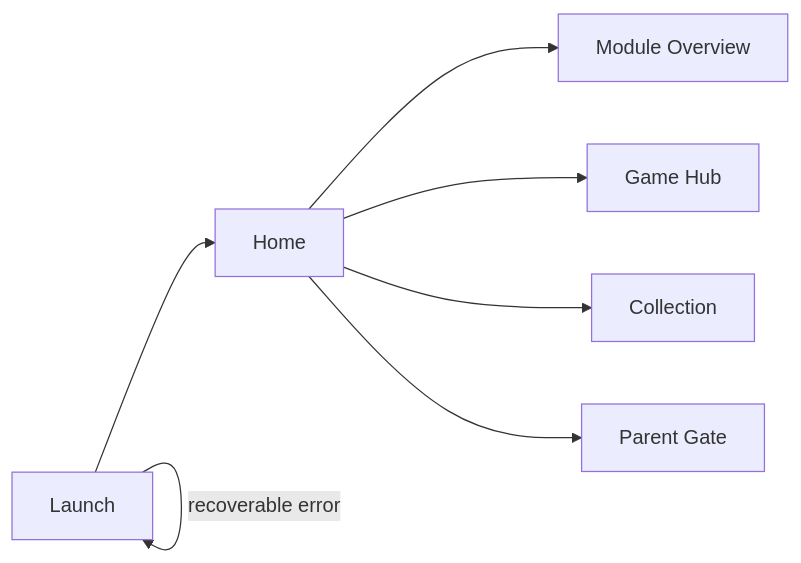
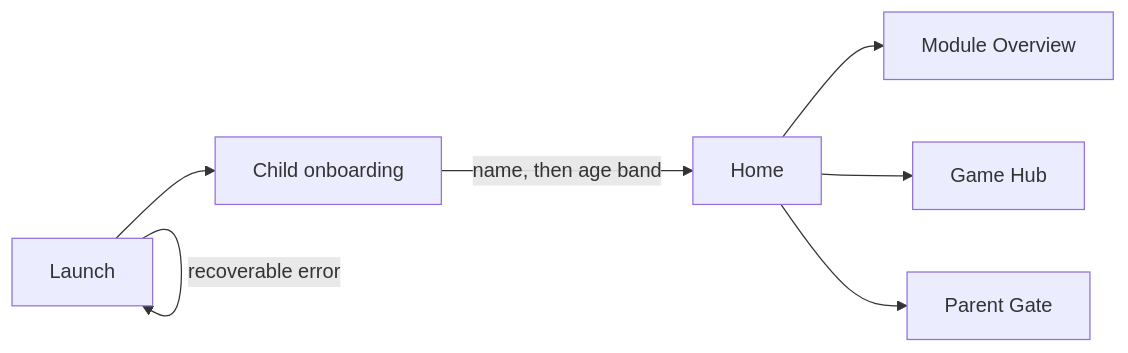
The first of 5 diagrams in docs/widgetbook_executable_spec.md (majinbaka/FlashKids), drawn with Mermaid before and after one commit. The commit also changed other lines of this file and 12 other files, not shown here.

First line of the commit message:
feat: add child onboarding screen and lesson recommendations

````diff
--- a/docs/widgetbook_executable_spec.md
+++ b/docs/widgetbook_executable_spec.md
@@ -127,9 +132,9 @@
 ```mermaid
 flowchart LR
-  Launch --> Home
+  Launch --> Onboarding[Child onboarding]
   Launch -->|recoverable error| Launch
+  Onboarding -->|name, then age band| Home
   Home --> Module[Module Overview]
   Home --> Hub[Game Hub]
-  Home --> Collection
   Home --> Gate[Parent Gate]
 ```
````
